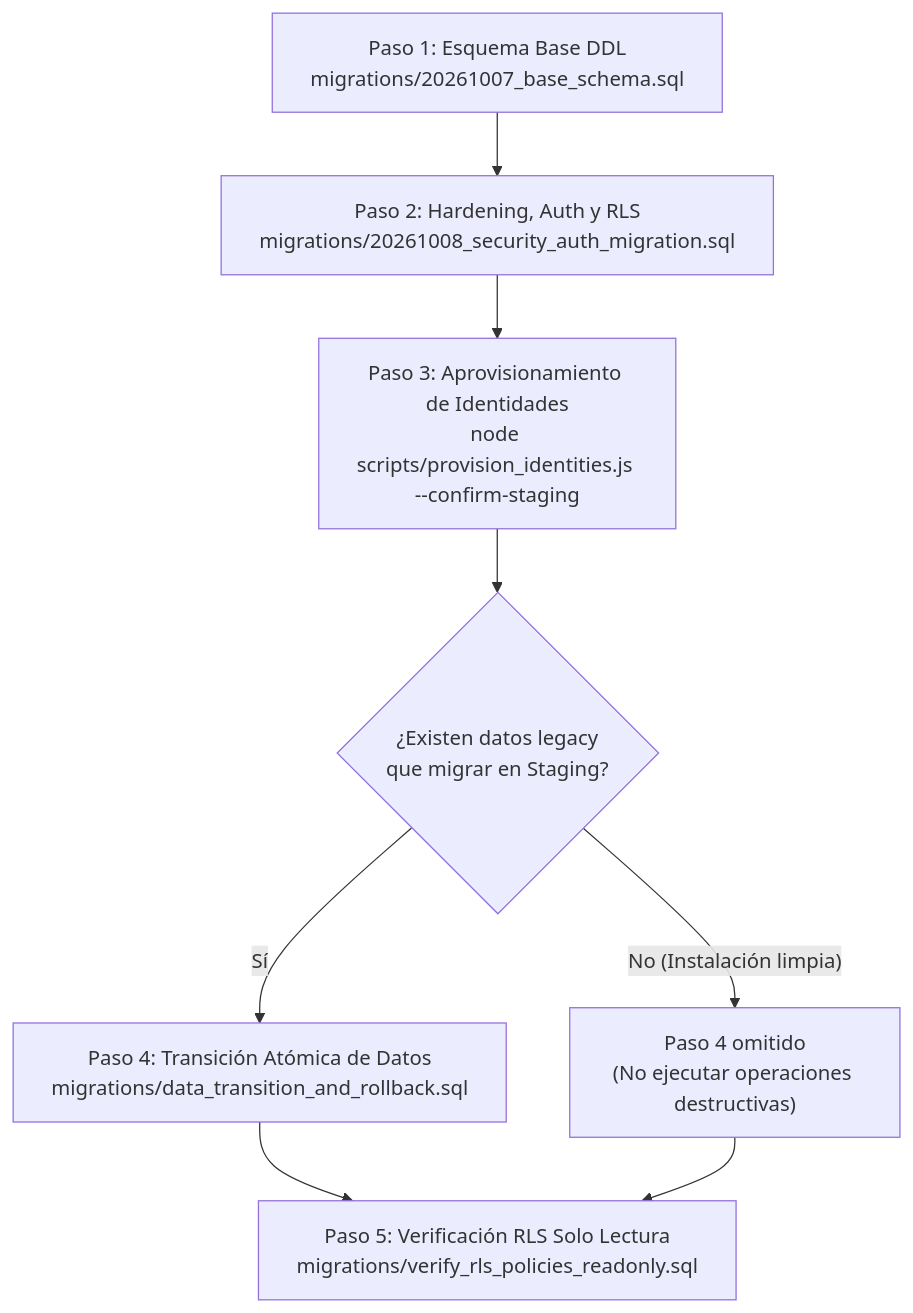
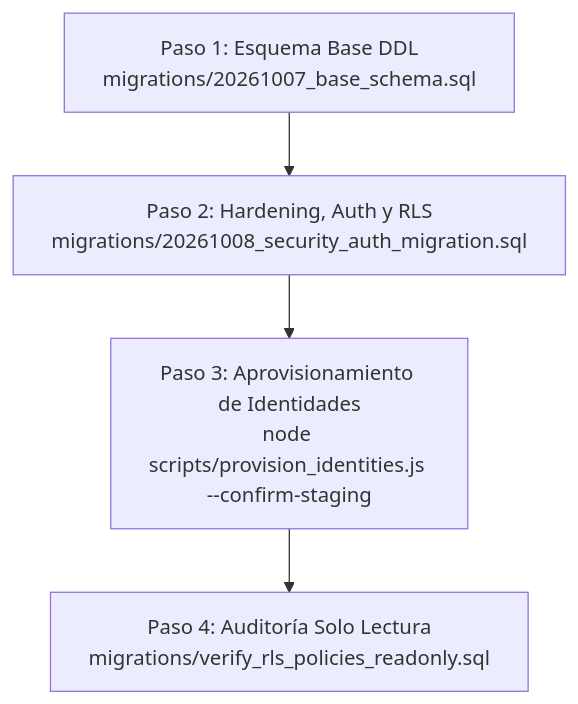
Before and after one commit to fxmariotp/AsistenteComercial: the diagram in guia_ejecutable_staging.md, drawn with Mermaid. The commit also changed other lines of this file, not shown here.

Commit message:
docs(staging): documentar comandos reales de auditoria, preview por git, aviso de coste supabase pro y resultados esperados

````diff
--- a/guia_ejecutable_staging.md
+++ b/guia_ejecutable_staging.md
@@ -96,10 +110,6 @@
 ```mermaid
 flowchart TD
     A["Paso 1: Esquema Base DDL<br/>migrations/20261007_base_schema.sql"] --> B["Paso 2: Hardening, Auth y RLS<br/>migrations/20261008_security_auth_migration.sql"]
     B --> C["Paso 3: Aprovisionamiento de Identidades<br/>node scripts/provision_identities.js --confirm-staging"]
-    C --> D{"¿Existen datos legacy<br/>que migrar en Staging?"}
-    D -- Sí --> E["Paso 4: Transición Atómica de Datos<br/>migrations/data_transition_and_rollback.sql"]
-    D -- No (Instalación limpia) --> F["Paso 4 omitido<br/>(No ejecutar operaciones destructivas)"]
-    E --> G["Paso 5: Verificación RLS Solo Lectura<br/>migrations/verify_rls_policies_readonly.sql"]
-    F --> G
+    C --> D["Paso 4: Auditoría Solo Lectura<br/>migrations/verify_rls_policies_readonly.sql"]
 ```
````
